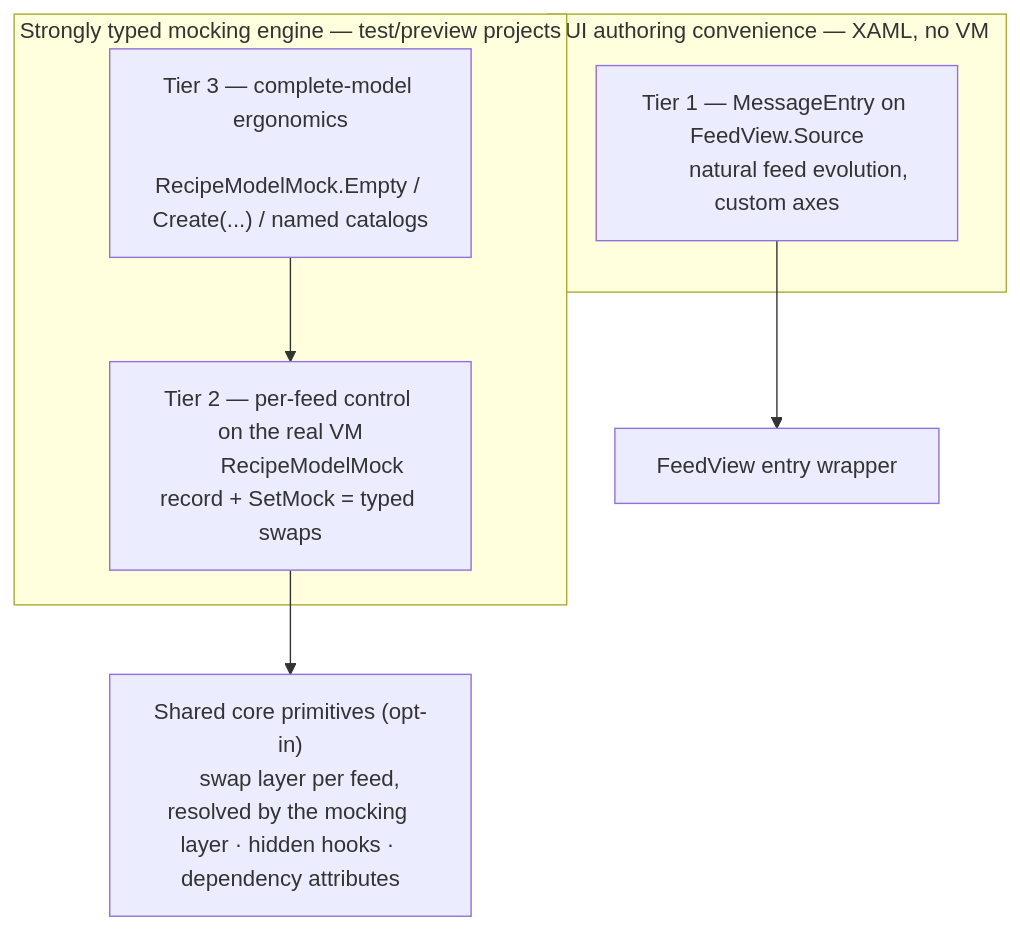
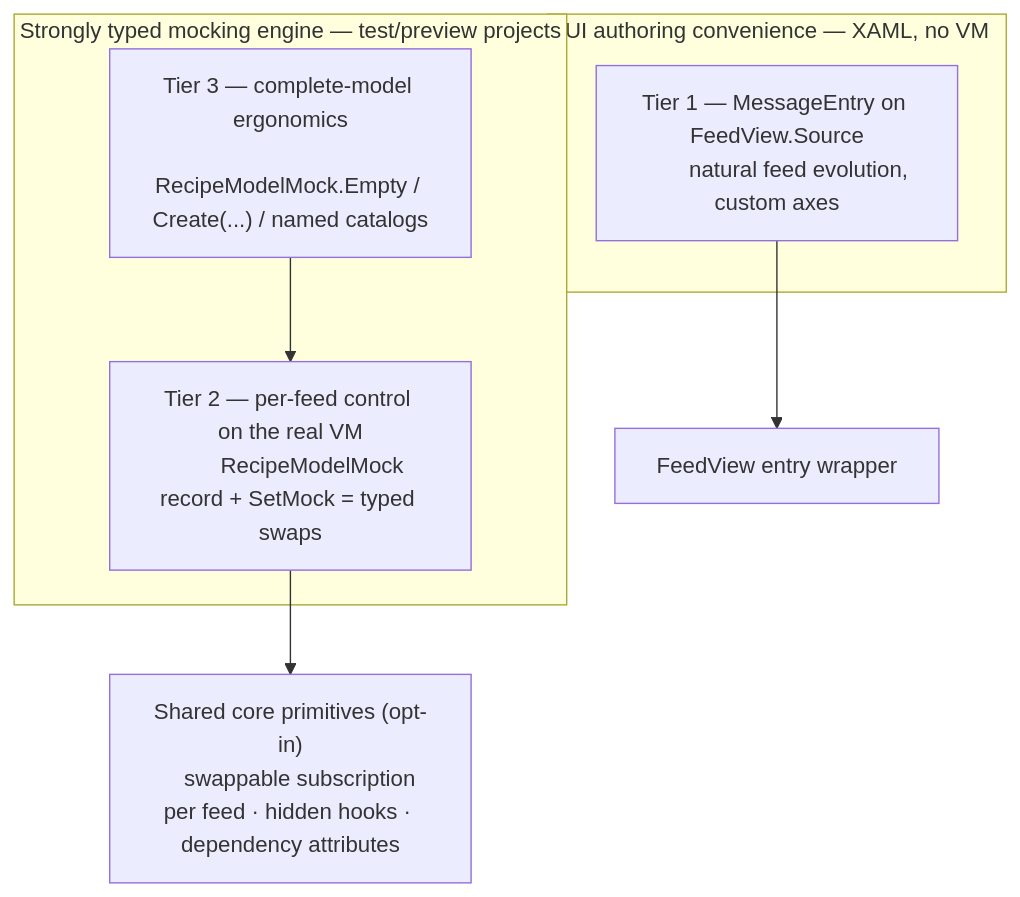
The second of 5 diagrams in specs/013-mvux-mocking-previews/spec.md (unoplatform/uno.extensions), drawn with Mermaid before and after one commit. The commit also changed other lines of this file and 3 other files, not shown here.

First line of the commit message:
docs(specs): describe the swap of the context's subscription

````diff
--- a/specs/013-mvux-mocking-previews/spec.md
+++ b/specs/013-mvux-mocking-previews/spec.md
@@ -55,17 +55,17 @@
 ```mermaid
 flowchart TB
     subgraph ENGINE["Strongly typed mocking engine — test/preview projects"]
         T3["Tier 3 — complete-model ergonomics
         RecipeModelMock.Empty / Create(...) / named catalogs"]
         T2["Tier 2 — per-feed control on the real VM
         RecipeModelMock record + SetMock = typed swaps"]
         T3 --> T2
     end
     subgraph CONV["UI authoring convenience — XAML, no VM"]
         T1["Tier 1 — MessageEntry on FeedView.Source
         natural feed evolution, custom axes"]
     end
     T2 --> PRIM["Shared core primitives (opt-in)
-    swap layer per feed, resolved by the mocking layer · hidden hooks · dependency attributes"]
+    swappable subscription per feed · hidden hooks · dependency attributes"]
     T1 --> FV["FeedView entry wrapper"]
 ```
````
